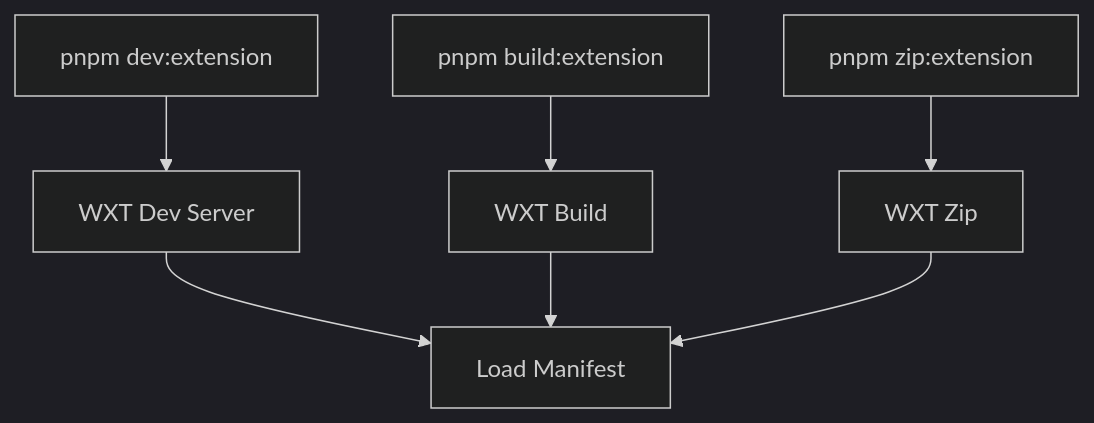
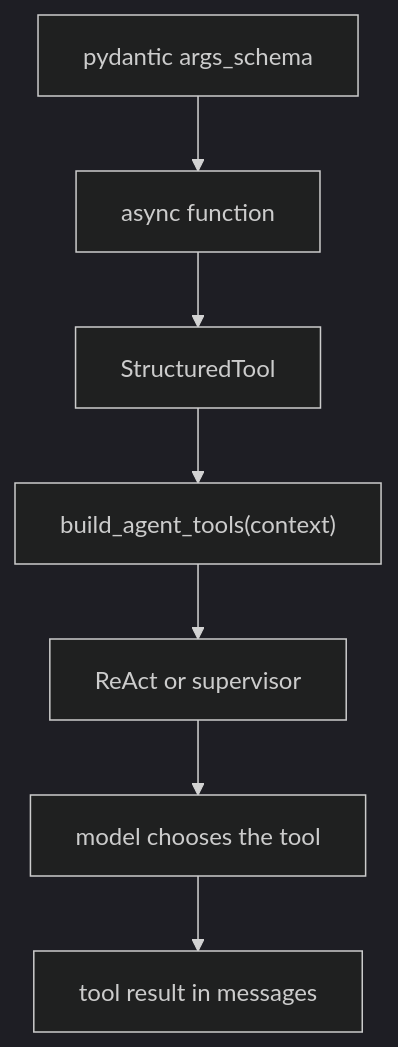
Before and after one commit to tashifkhan/tashif.codes: the fourth of 5 diagrams in src/data/docs/agentic-browser/Development Guidelines.md, drawn with Mermaid (dark theme). The commit also changed other lines of this file and 114 other files, not shown here.

````diff
--- a/src/data/docs/agentic-browser/Development Guidelines.md
+++ b/src/data/docs/agentic-browser/Development Guidelines.md
@@ -167,9 +145,9 @@
 ```mermaid
 flowchart TD
-Dev["pnpm dev:extension"] --> WXTDev["WXT Dev Server"]
-Build["pnpm build:extension"] --> WXTBuild["WXT Build"]
-Zip["pnpm zip:extension"] --> WXTZip["WXT Zip"]
-WXTDev --> Manifest["Load Manifest"]
-WXTBuild --> Manifest
-WXTZip --> Manifest
+  Schema["pydantic args_schema"] --> Fn["async function"]
+  Fn --> Tool["StructuredTool"]
+  Tool --> Build["build_agent_tools(context)"]
+  Build --> Graph["ReAct or supervisor"]
+  Graph --> Model["model chooses the tool"]
+  Model --> Result["tool result in messages"]
 ```
````
